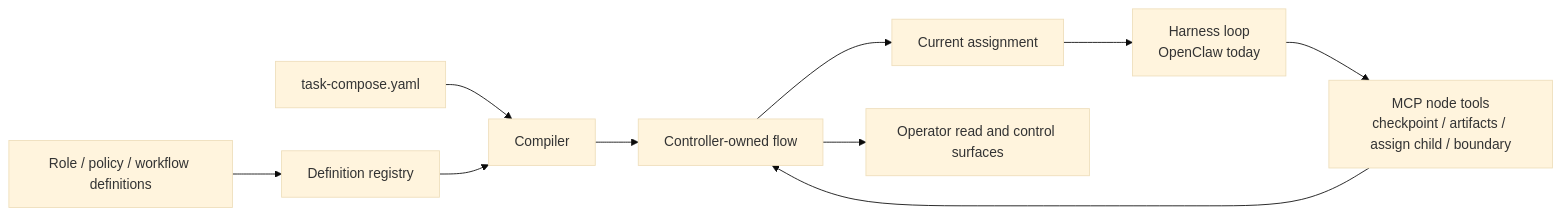
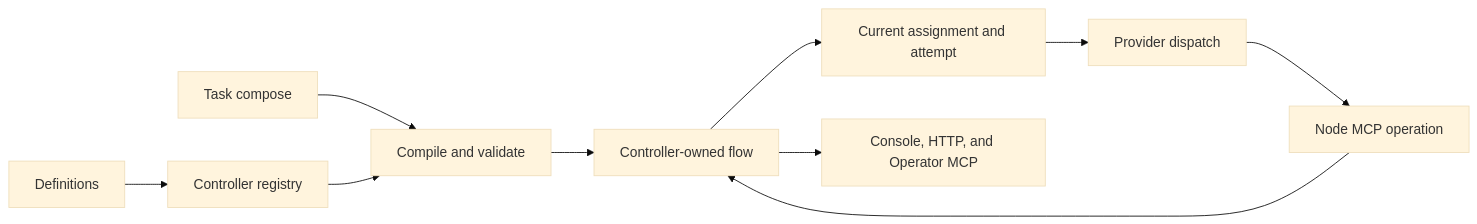
The diagram in README.md (ringlochid/AutoClaw), drawn with Mermaid (base theme) before and after one commit. The commit also changed other lines of this file and 267 other files, not shown here.

````diff
--- a/README.md
+++ b/README.md
@@ -205,12 +94,12 @@
 ```mermaid
 flowchart LR
-    D[Role / policy / workflow definitions] --> R[Definition registry]
-    T[task-compose.yaml] --> C[Compiler]
+    D[Definitions] --> R[Controller registry]
+    T[Task compose] --> C[Compile and validate]
     R --> C
     C --> F[Controller-owned flow]
-    F --> A[Current assignment]
-    A --> H[Harness loop<br/>OpenClaw today]
-    H --> N[MCP node tools<br/>checkpoint / artifacts / assign child / boundary]
+    F --> A[Current assignment and attempt]
+    A --> P[Provider dispatch]
+    P --> N[Node MCP operation]
     N --> F
-    F --> O[Operator read and control surfaces]
+    F --> O[Console, HTTP, and Operator MCP]
 ```
````
